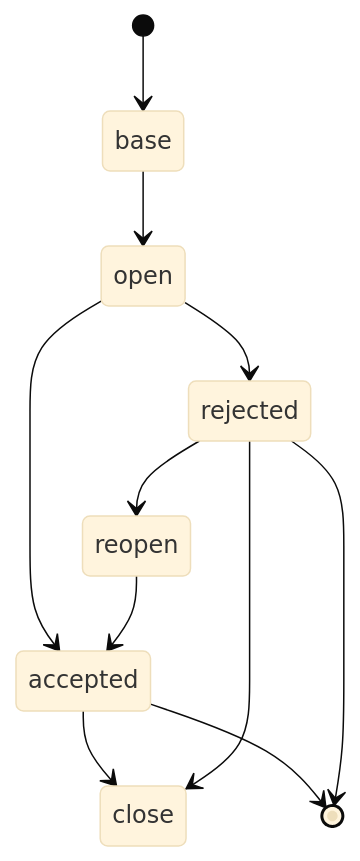
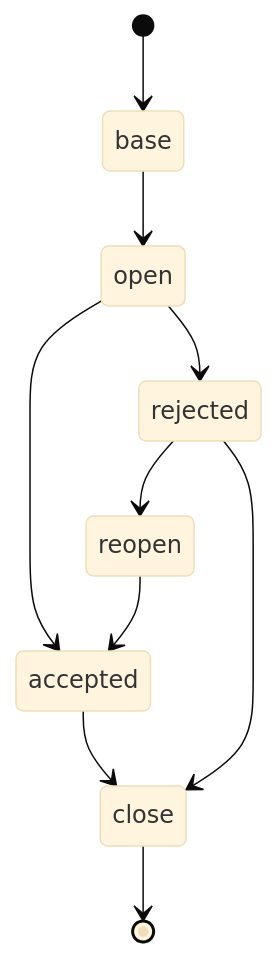
The diagram in README.md (seo1nk/rust-functional-practice), drawn with Mermaid (base theme) before and after one commit.

````diff
--- a/README.md
+++ b/README.md
@@ -9,13 +9,12 @@
 ```mermaid
 stateDiagram-v2
 [*] --> base
 base --> open
 open --> accepted
 open --> rejected
 rejected --> reopen
 reopen --> accepted
 accepted --> close
 rejected --> close
-accepted --> [*]
-rejected --> [*]
+close --> [*]
 ```
````
